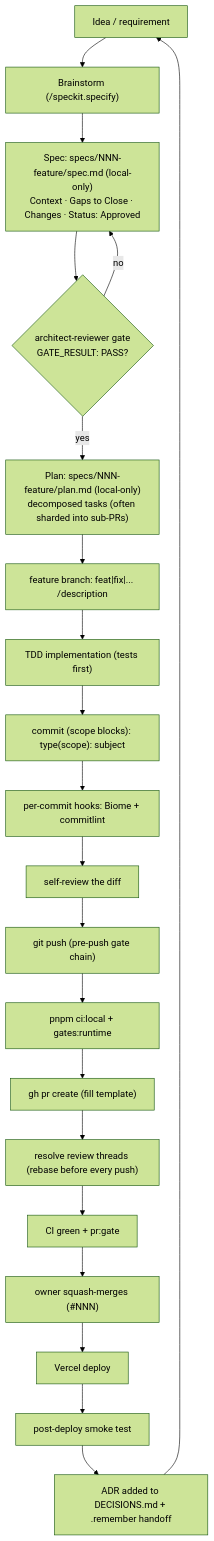
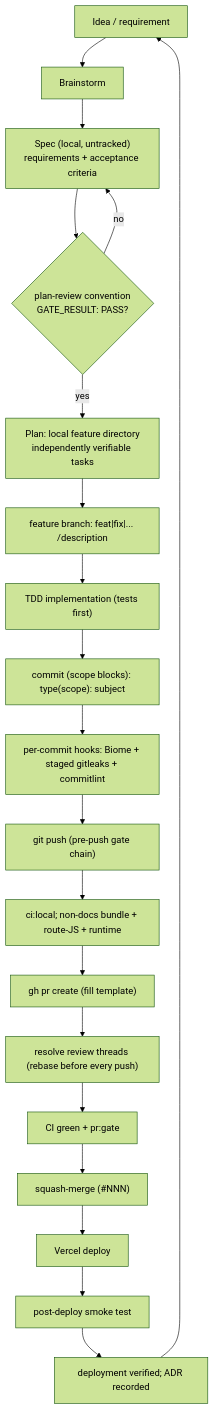
One commit to erikunha/portfolio changed the first of 2 diagrams in docs/handbook/development-lifecycle.md. Above: the diagram before and after it, drawn with Mermaid (forest theme). The commit also changed other lines of this file and 1307 other files, not shown here.

````diff
--- a/docs/handbook/development-lifecycle.md
+++ b/docs/handbook/development-lifecycle.md
@@ -7,23 +7,22 @@
 ```mermaid
 flowchart TD
-    idea["Idea / requirement"] --> brainstorm["Brainstorm (/speckit.specify)"]
-    brainstorm --> spec["Spec: specs/NNN-feature/spec.md (local-only)<br/>Context · Gaps to Close · Changes · Status: Approved"]
-    spec --> agate{"architect-reviewer gate<br/>GATE_RESULT: PASS?"}
+    idea["Idea / requirement"] --> brainstorm["Brainstorm"]
+    brainstorm --> spec["Spec (local, untracked)<br/>requirements + acceptance criteria"]
+    spec --> agate{"plan-review convention<br/>GATE_RESULT: PASS?"}
     agate -->|no| spec
-    agate -->|yes| plan["Plan: specs/NNN-feature/plan.md (local-only)<br/>decomposed tasks (often sharded into sub-PRs)"]
+    agate -->|yes| plan["Plan: local feature directory<br/>independently verifiable tasks"]
     plan --> branch["feature branch: feat|fix|... /description"]
     branch --> tdd["TDD implementation (tests first)"]
     tdd --> commit["commit (scope blocks): type(scope): subject"]
-    commit --> hooks["per-commit hooks: Biome + commitlint"]
-    hooks --> battery["self-review the diff"]
-    battery --> push["git push (pre-push gate chain)"]
-    push --> readypr["pnpm ci:local + gates:runtime"]
+    commit --> hooks["per-commit hooks: Biome + staged gitleaks + commitlint"]
+    hooks --> push["git push (pre-push gate chain)"]
+    push --> readypr["ci:local; non-docs bundle + route-JS + runtime"]
     readypr --> pr["gh pr create (fill template)"]
     pr --> conv["resolve review threads (rebase before every push)"]
     conv --> readymerge["CI green + pr:gate"]
-    readymerge --> merge["owner squash-merges (#NNN)"]
+    readymerge --> merge["squash-merge (#NNN)"]
     merge --> deploy["Vercel deploy"]
     deploy --> smoke["post-deploy smoke test"]
-    smoke --> adr["ADR added to DECISIONS.md + .remember handoff"]
+    smoke --> adr["deployment verified; ADR recorded"]
     adr --> idea
 ```
````
